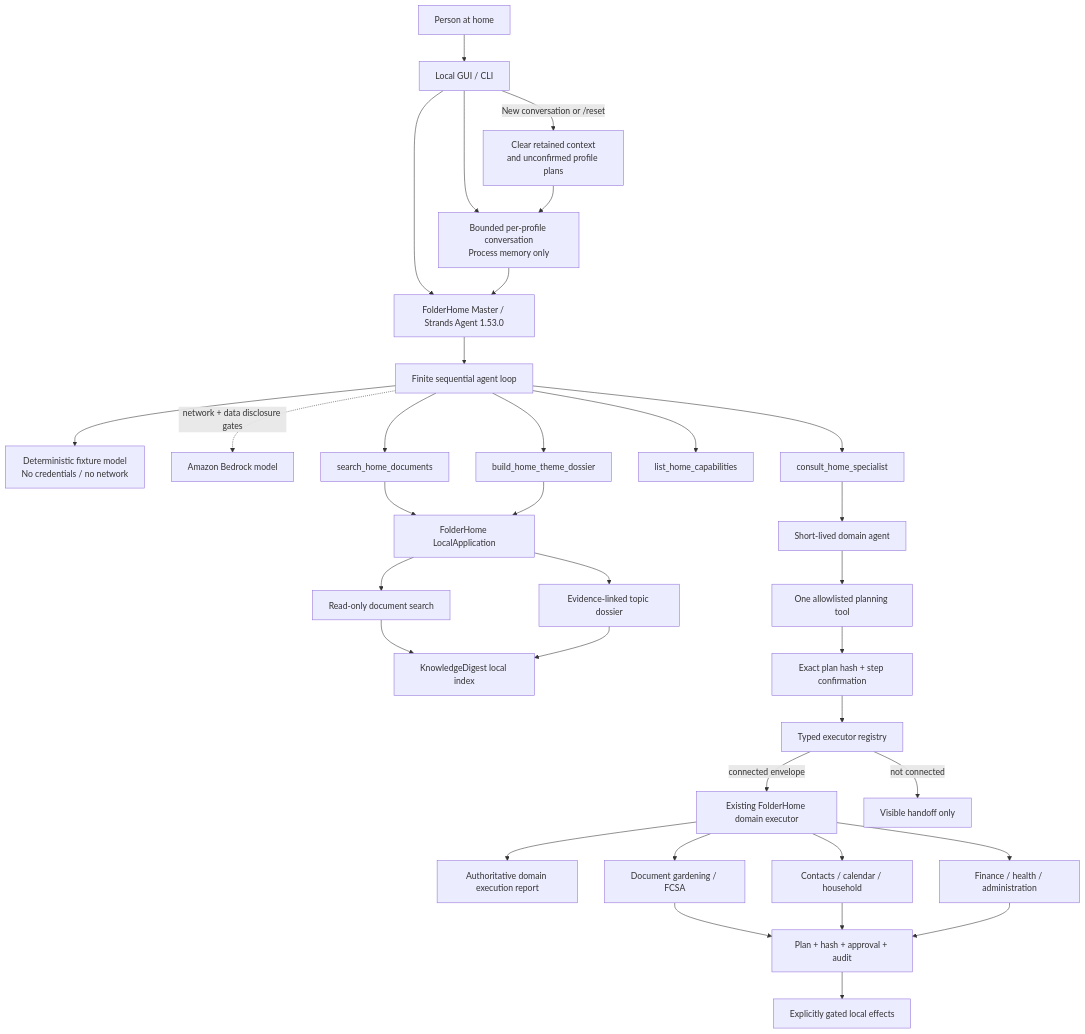
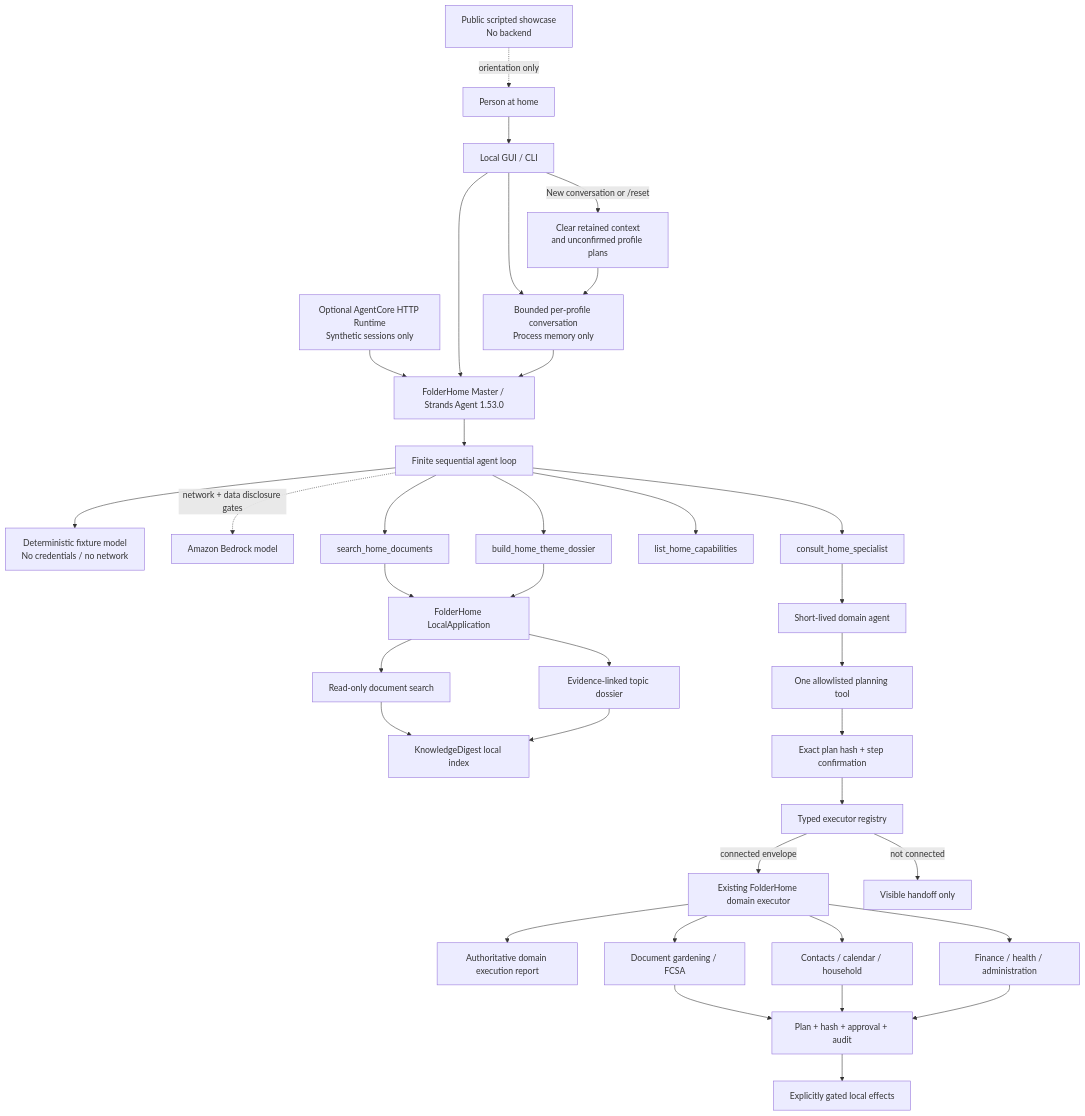
Before and after one commit to ellmos-ai/FolderHome: the diagram in docs/submission/ARCHITECTURE_DIAGRAM.md, drawn with Mermaid. The commit also changed other lines of this file and 57 other files, not shown here.

Commit message:
feat: ship accident demo and public showcase

````diff
--- a/docs/submission/ARCHITECTURE_DIAGRAM.md
+++ b/docs/submission/ARCHITECTURE_DIAGRAM.md
@@ -3,36 +11,38 @@
 ```mermaid
 flowchart TB
   Human[Person at home] --> UI[Local GUI / CLI]
+  Public[Public scripted showcase\nNo backend] -. orientation only .-> Human
+  AgentCore[Optional AgentCore HTTP Runtime\nSynthetic sessions only] --> Agent
   UI --> Agent[FolderHome Master / Strands Agent 1.53.0]
   UI --> Memory[Bounded per-profile conversation\nProcess memory only]
   Memory --> Agent
   UI -->|New conversation or /reset| Reset[Clear retained context\nand unconfirmed profile plans]
   Reset --> Memory
   Agent --> Loop[Finite sequential agent loop]
   Loop --> Fixture[Deterministic fixture model\nNo credentials / no network]
   Loop -. network + data disclosure gates .-> Bedrock[Amazon Bedrock model]
   Loop --> SearchTool[search_home_documents]
   Loop --> DossierTool[build_home_theme_dossier]
   Loop --> CatalogTool[list_home_capabilities]
   Loop --> SpecialistTool[consult_home_specialist]
   SpecialistTool --> Specialist[Short-lived domain agent]
   Specialist --> PlanTool[One allowlisted planning tool]
   SearchTool --> LocalApp[FolderHome LocalApplication]
   DossierTool --> LocalApp
   LocalApp --> Search[Read-only document search]
   LocalApp --> Dossier[Evidence-linked topic dossier]
   Search --> KD[KnowledgeDigest local index]
   Dossier --> KD
   PlanTool --> Confirm[Exact plan hash + step confirmation]
   Confirm --> Registry[Typed executor registry]
   Registry -->|connected envelope| Domain[Existing FolderHome domain executor]
   Registry -->|not connected| Handoff[Visible handoff only]
   Domain --> Report[Authoritative domain execution report]
   Domain --> Docs[Document gardening / FCSA]
   Domain --> Home[Contacts / calendar / household]
   Domain --> Sensitive[Finance / health / administration]
   Docs --> Gates[Plan + hash + approval + audit]
   Home --> Gates
   Sensitive --> Gates
   Gates --> Effects[Explicitly gated local effects]
 ```
````
